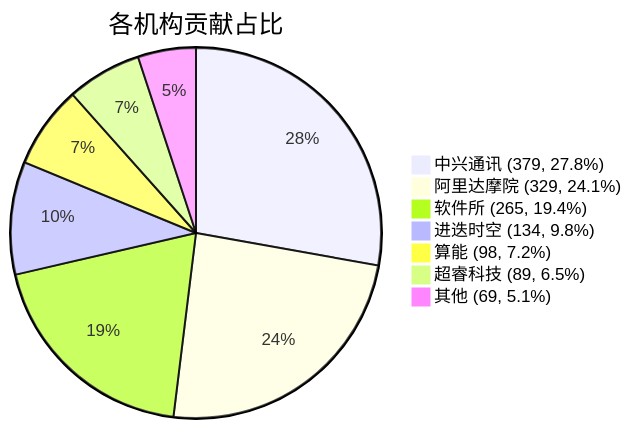
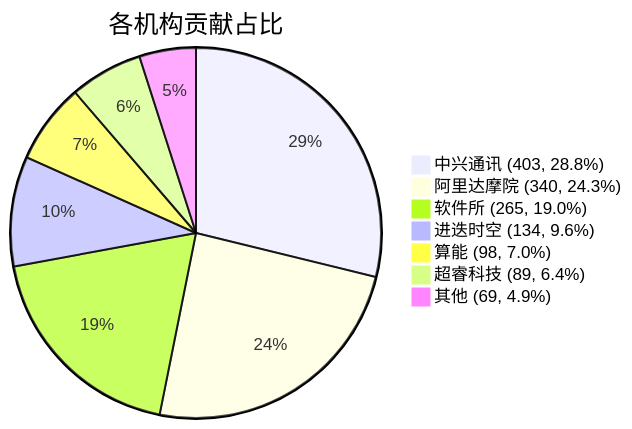
The diagram in docs/index.md (RVCK-Project/rvck), drawn with Mermaid before and after one commit. The commit also changed other lines of this file and 21 other files, not shown here.

````diff
--- a/docs/index.md
+++ b/docs/index.md
@@ -39,10 +39,10 @@
 ```mermaid
 pie title 各机构贡献占比
-    "中兴通讯 (379, 27.8%)" : 379
-    "阿里达摩院 (329, 24.1%)" : 329
-    "软件所 (265, 19.4%)" : 265
-    "进迭时空 (134, 9.8%)" : 134
-    "算能 (98, 7.2%)" : 98
-    "超睿科技 (89, 6.5%)" : 89
-    "其他 (69, 5.1%)" : 69
+    "中兴通讯 (403, 28.8%)" : 403
+    "阿里达摩院 (340, 24.3%)" : 340
+    "软件所 (265, 19.0%)" : 265
+    "进迭时空 (134, 9.6%)" : 134
+    "算能 (98, 7.0%)" : 98
+    "超睿科技 (89, 6.4%)" : 89
+    "其他 (69, 4.9%)" : 69
 ```
````
